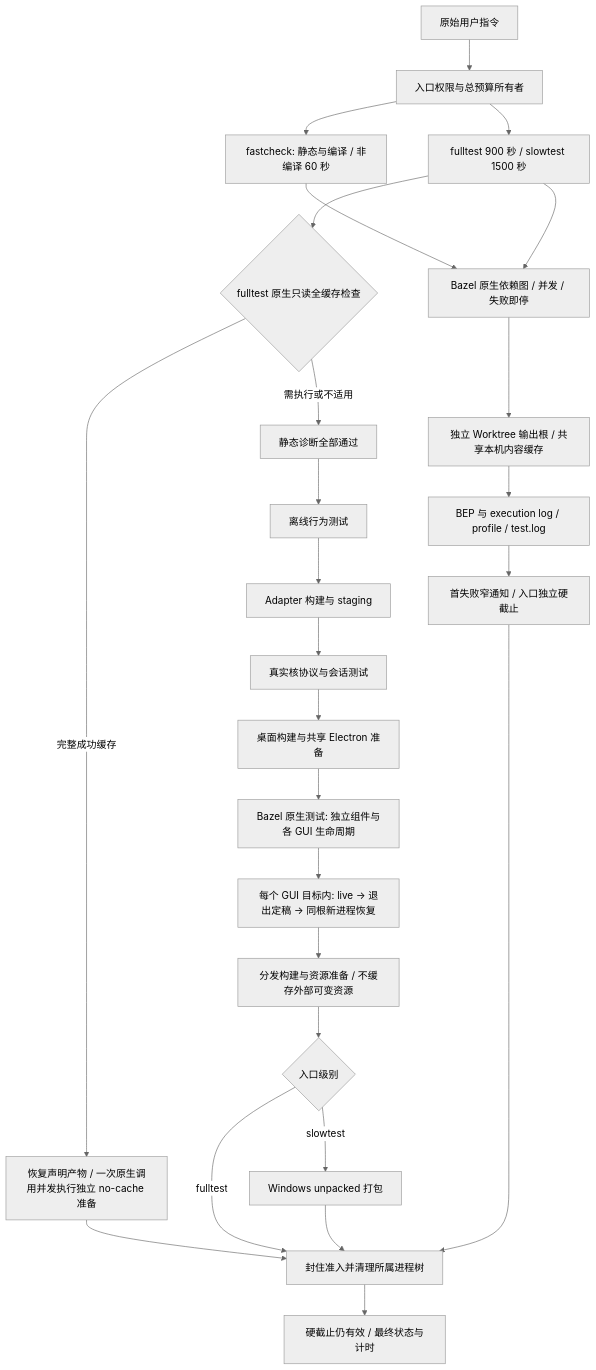
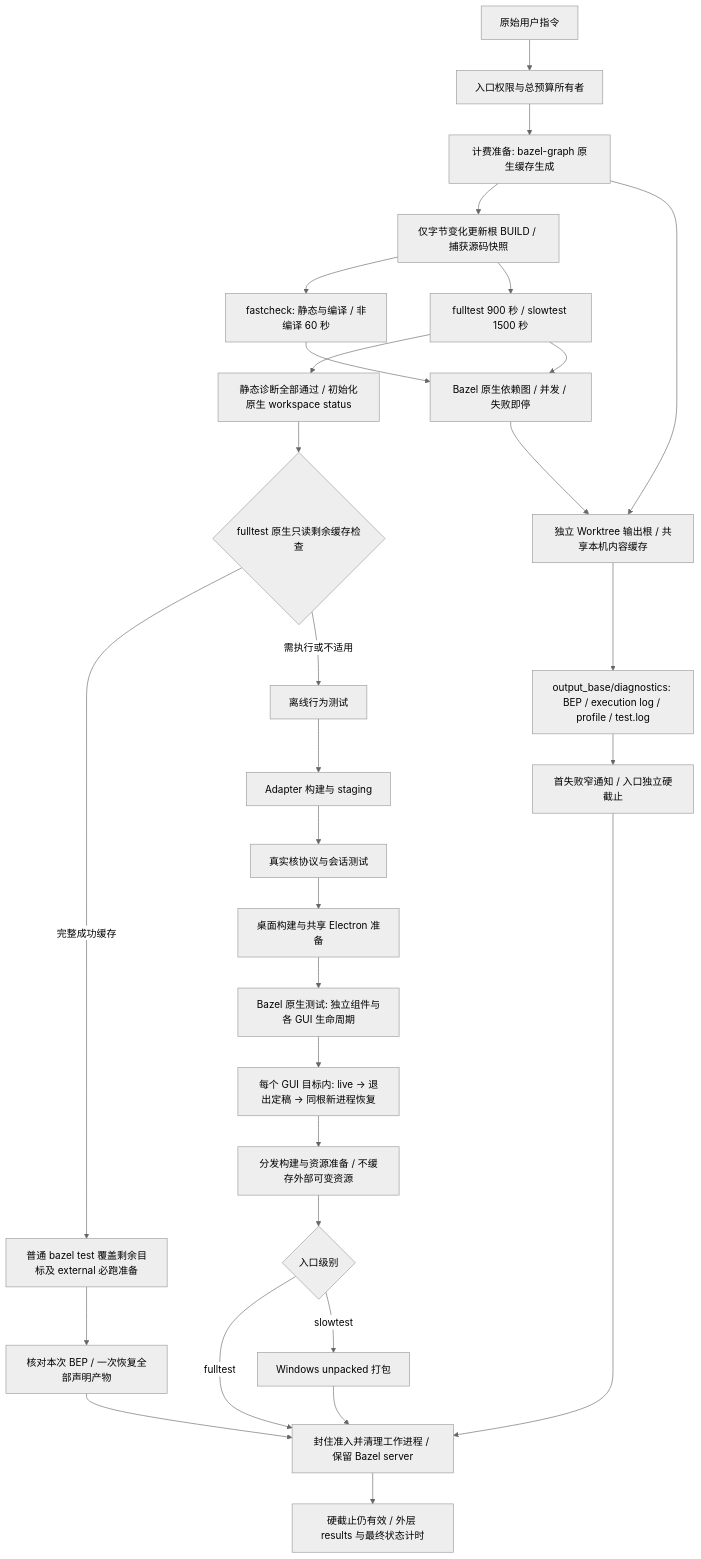
The second of 5 diagrams in docs/requirements/test-gates.md (jchanghong023/OmpCode), drawn with Mermaid (neutral theme) before and after one commit. The commit also changed other lines of this file and 51 other files, not shown here.

````diff
--- a/docs/requirements/test-gates.md
+++ b/docs/requirements/test-gates.md
@@ -53,28 +87,32 @@
 ```mermaid
 flowchart TD
   A[原始用户指令] --> B[入口权限与总预算所有者]
-  B --> C[fastcheck: 静态与编译 / 非编译 60 秒]
-  B --> D[fulltest 900 秒 / slowtest 1500 秒]
-  D --> V{fulltest 原生只读全缓存检查}
-  V -->|完整成功缓存| W[恢复声明产物 / 一次原生调用并发执行独立 no-cache 准备]
-  W --> Q
-  V -->|需执行或不适用| E[静态诊断全部通过]
-  E --> F[离线行为测试]
+  B --> G[计费准备: bazel-graph 原生缓存生成]
+  G --> G1[仅字节变化更新根 BUILD / 捕获源码快照]
+  G1 --> C[fastcheck: 静态与编译 / 非编译 60 秒]
+  G1 --> D[fulltest 900 秒 / slowtest 1500 秒]
+  D --> E[静态诊断全部通过 / 初始化原生 workspace status]
+  E --> V{fulltest 原生只读剩余缓存检查}
+  V -->|完整成功缓存| W[普通 bazel test 覆盖剩余目标及 external 必跑准备]
+  W --> X[核对本次 BEP / 一次恢复全部声明产物]
+  X --> Q
+  V -->|需执行或不适用| F[离线行为测试]
   F --> H[Adapter 构建与 staging]
   H --> I[真实核协议与会话测试]
   I --> J[桌面构建与共享 Electron 准备]
   J --> K[Bazel 原生测试: 独立组件与各 GUI 生命周期]
   K --> L[每个 GUI 目标内: live → 退出定稿 → 同根新进程恢复]
   L --> M[分发构建与资源准备 / 不缓存外部可变资源]
   M --> U{入口级别}
   U -->|fulltest| Q
   U -->|slowtest| N[Windows unpacked 打包]
   C --> O[Bazel 原生依赖图 / 并发 / 失败即停]
   D --> O
   O --> S[独立 Worktree 输出根 / 共享本机内容缓存]
-  S --> T[BEP 与 execution log / profile / test.log]
+  G --> S
+  S --> T[output_base/diagnostics: BEP / execution log / profile / test.log]
   T --> P[首失败窄通知 / 入口独立硬截止]
-  P --> Q[封住准入并清理所属进程树]
+  P --> Q[封住准入并清理工作进程 / 保留 Bazel server]
   N --> Q
-  Q --> R[硬截止仍有效 / 最终状态与计时]
+  Q --> R[硬截止仍有效 / 外层 results 与最终状态计时]
 ```
````
